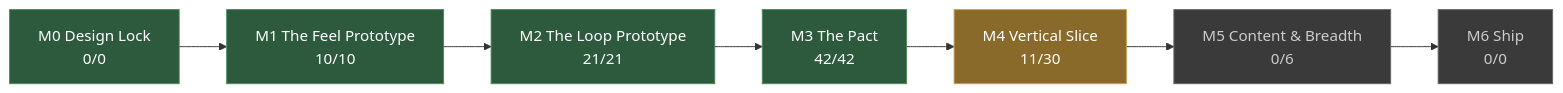
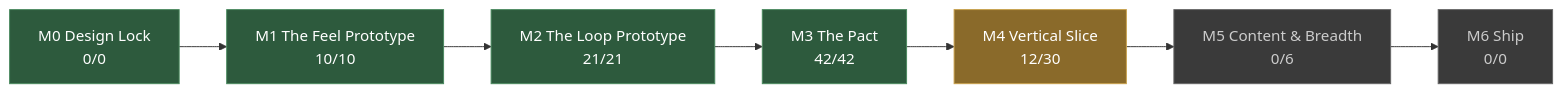
One commit to JoshuaGessner/she changed the diagram in docs/STATUS.md. Above: the diagram before and after it, drawn with Mermaid. The commit also changed other lines of this file and 11 other files, not shown here.

````diff
--- a/docs/STATUS.md
+++ b/docs/STATUS.md
@@ -13,19 +13,19 @@
 ```mermaid
 flowchart LR
   M0["M0 Design Lock<br/>0/0"]:::passed
   M1["M1 The Feel Prototype<br/>10/10"]:::passed
   M0 --> M1
   M2["M2 The Loop Prototype<br/>21/21"]:::passed
   M1 --> M2
   M3["M3 The Pact<br/>42/42"]:::passed
   M2 --> M3
-  M4["M4 Vertical Slice<br/>11/30"]:::current
+  M4["M4 Vertical Slice<br/>12/30"]:::current
   M3 --> M4
   M5["M5 Content & Breadth<br/>0/6"]:::ahead
   M4 --> M5
   M6["M6 Ship<br/>0/0"]:::ahead
   M5 --> M6
   classDef passed fill:#2d5a3d,stroke:#4a8a5f,color:#fff
   classDef current fill:#8a6a2a,stroke:#c8a04a,color:#fff
   classDef ahead fill:#3a3a3a,stroke:#666,color:#ccc
 ```
````
